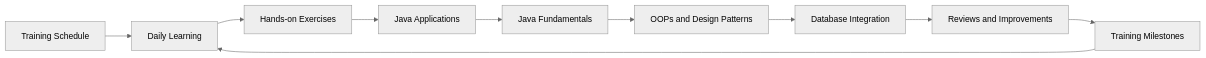
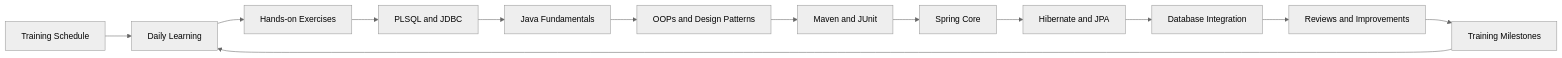
Before and after one commit to KishoreMuruganantham/hexaware-training-journal: the first of 3 diagrams in README.md, drawn with Mermaid (neutral theme). The commit also changed other lines of this file and 1 other file, not shown here.

````diff
--- a/README.md
+++ b/README.md
@@ -7,12 +7,15 @@
 ```mermaid
 flowchart LR
     A[Training Schedule] --> B[Daily Learning]
     B --> C[Hands-on Exercises]
-    C --> D[Java Applications]
+    C --> D[PLSQL and JDBC]
     D --> H[Java Fundamentals]
     H --> I[OOPs and Design Patterns]
-    I --> E[Database Integration]
+    I --> J[Maven and JUnit]
+    J --> K[Spring Core]
+    K --> L[Hibernate and JPA]
+    L --> E[Database Integration]
     E --> F[Reviews and Improvements]
     F --> G[Training Milestones]
     G --> B
 ```
````
